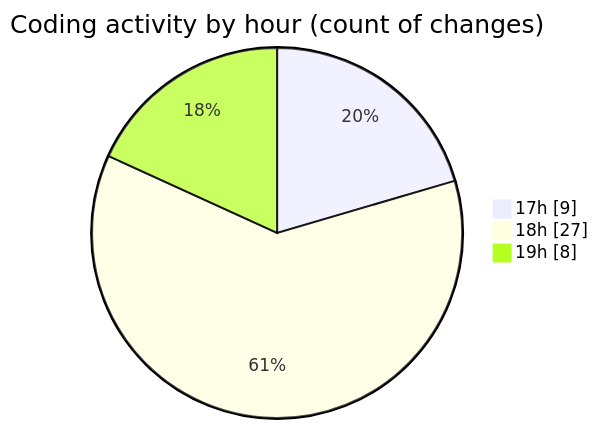
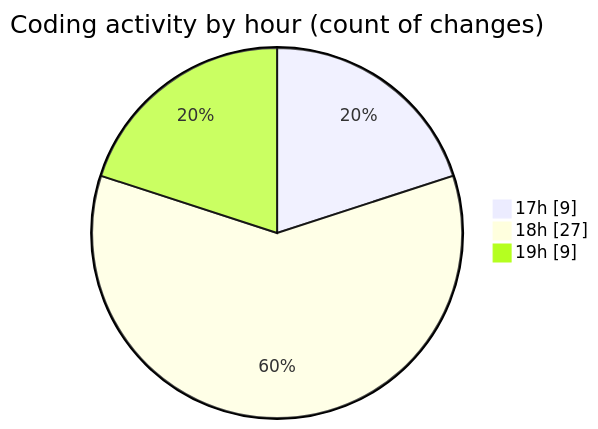
One commit to robertbonfada/code-tracking changed the second of 2 diagrams in 2025-02-08/termonied-web/README.md. Above: the diagram before and after it, drawn with Mermaid. The commit also changed other lines of this file and 1 other file, not shown here.

````diff
--- a/2025-02-08/termonied-web/README.md
+++ b/2025-02-08/termonied-web/README.md
@@ -38,7 +38,7 @@
 ```mermaid
 pie showData
 title Coding activity by hour (count of changes)
 "17h" : 9
 "18h" : 27
-"19h" : 8
+"19h" : 9
 ```
````
